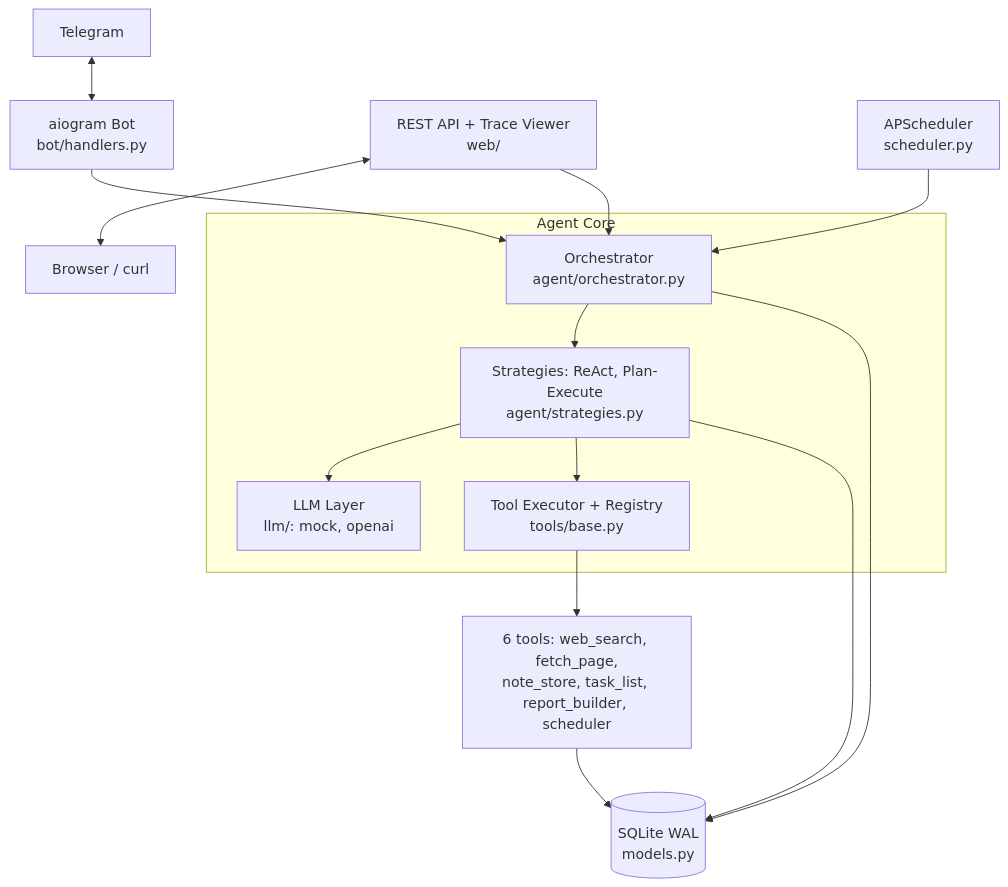
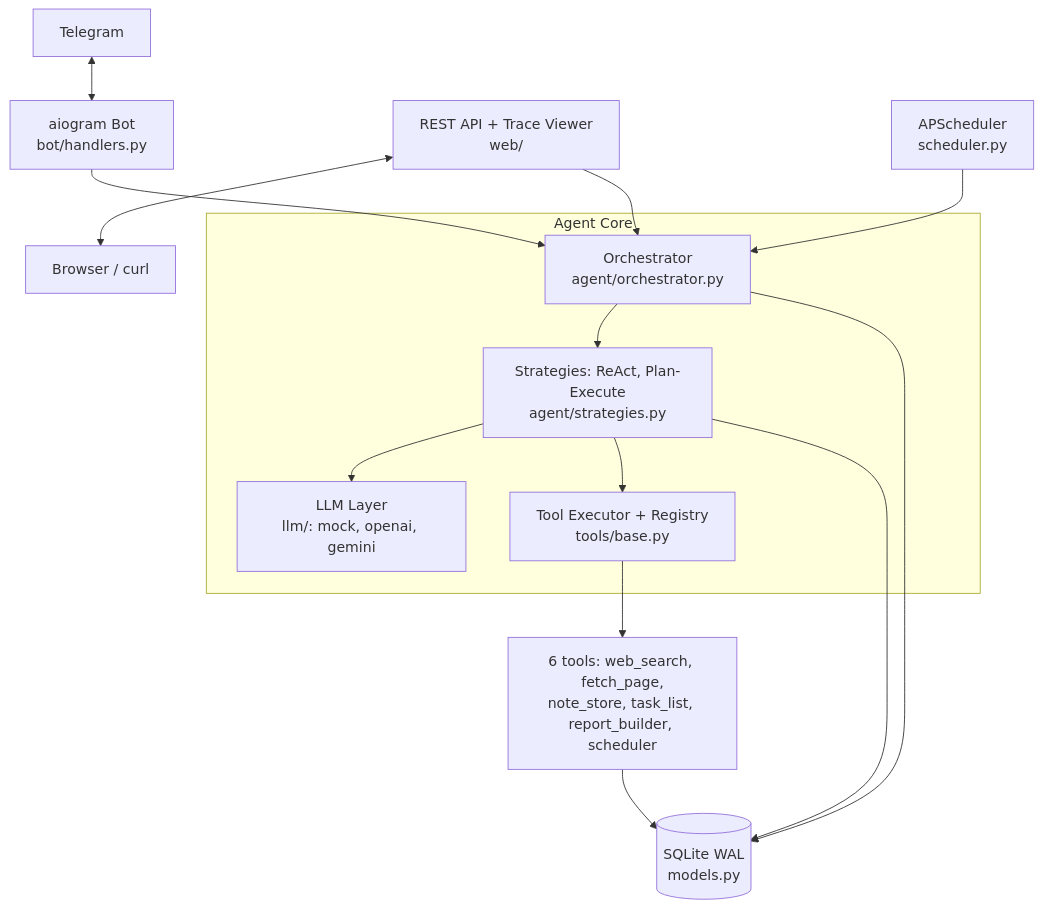
One commit to tothanhnguyen/Arya_Tool changed the first of 4 diagrams in docs/KIEN_TRUC.md. Above: the diagram before and after it, drawn with Mermaid. The commit also changed other lines of this file and 21 other files, not shown here.

````diff
--- a/docs/KIEN_TRUC.md
+++ b/docs/KIEN_TRUC.md
@@ -16,17 +16,17 @@
 ```mermaid
 flowchart TD
     TG[Telegram] <--> BOT[aiogram Bot<br/>bot/handlers.py]
     WEB[REST API + Trace Viewer<br/>web/] <--> USER2[Browser / curl]
     BOT --> ORCH
     WEB --> ORCH
     SCHED[APScheduler<br/>scheduler.py] --> ORCH
     subgraph CORE[Agent Core]
         ORCH[Orchestrator<br/>agent/orchestrator.py] --> STRAT[Strategies: ReAct, Plan-Execute<br/>agent/strategies.py]
-        STRAT --> LLM[LLM Layer<br/>llm/: mock, openai]
+        STRAT --> LLM[LLM Layer<br/>llm/: mock, openai, gemini]
         STRAT --> EXEC[Tool Executor + Registry<br/>tools/base.py]
     end
     EXEC --> TOOLS[6 tools: web_search, fetch_page,<br/>note_store, task_list, report_builder, scheduler]
     ORCH --> DB[(SQLite WAL<br/>models.py)]
     STRAT --> DB
     TOOLS --> DB
 ```
````
